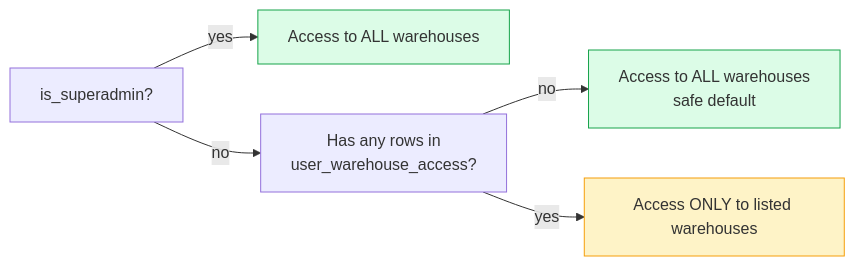
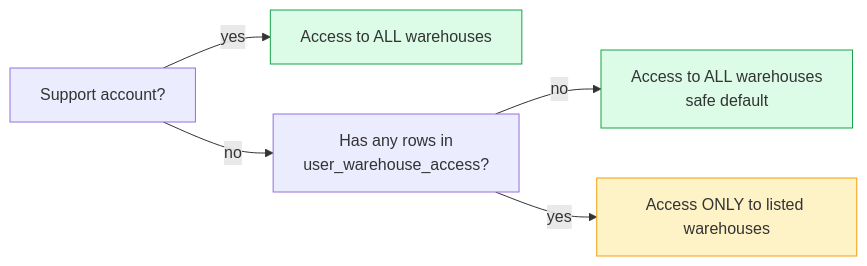
The first of 2 diagrams in docs/manual/docs/foundation/warehouse-access.md (quilit-dev/quilit-erp), drawn with Mermaid before and after one commit. The commit also changed other lines of this file and 53 other files, not shown here.

````diff
--- a/docs/manual/docs/foundation/warehouse-access.md
+++ b/docs/manual/docs/foundation/warehouse-access.md
@@ -38,11 +41,11 @@
 ```mermaid
 flowchart LR
-    SU[is_superadmin?] -->|yes| ALL[Access to ALL warehouses]
+    SU[Support account?] -->|yes| ALL[Access to ALL warehouses]
     SU -->|no| ANY[Has any rows in<br/>user_warehouse_access?]
     ANY -->|no| ALL2[Access to ALL warehouses<br/>safe default]
     ANY -->|yes| LIST[Access ONLY to listed warehouses]
 
     style ALL fill:#dcfce7,stroke:#16a34a
     style ALL2 fill:#dcfce7,stroke:#16a34a
     style LIST fill:#fef3c7,stroke:#f59e0b
 ```
````
